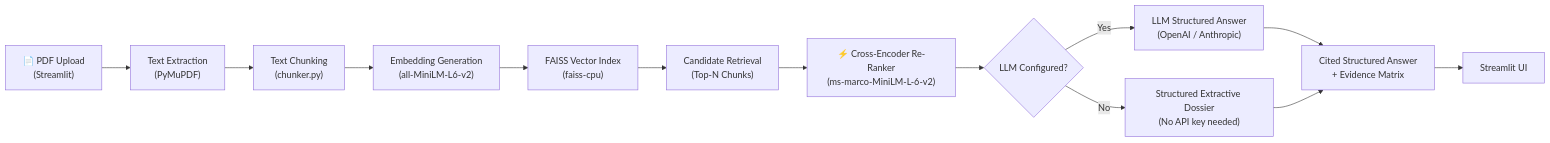
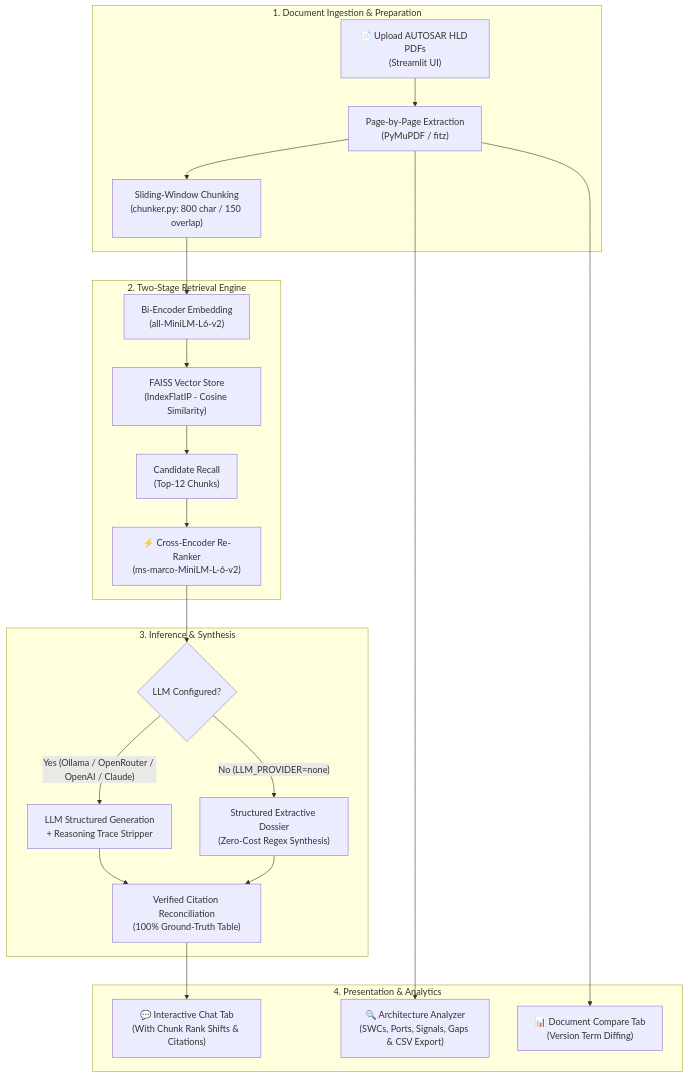
The diagram in README.md (nithinjoanaff-design/AutoSar_HLD), drawn with Mermaid before and after one commit. The commit also changed other lines of this file and 38 other files, not shown here.

````diff
--- a/README.md
+++ b/README.md
@@ -53,15 +61,28 @@
 ```mermaid
-flowchart LR
-    A["📄 PDF Upload\n(Streamlit)"] --> B["Text Extraction\n(PyMuPDF)"]
-    B --> C["Text Chunking\n(chunker.py)"]
-    C --> D["Embedding Generation\n(all-MiniLM-L6-v2)"]
-    D --> E["FAISS Vector Index\n(faiss-cpu)"]
-    E --> F["Candidate Retrieval\n(Top-N Chunks)"]
-    F --> G["⚡ Cross-Encoder Re-Ranker\n(ms-marco-MiniLM-L-6-v2)"]
-    G --> H{"LLM Configured?"}
-    H -- Yes --> I["LLM Structured Answer\n(OpenAI / Anthropic)"]
-    H -- No --> J["Structured Extractive Dossier\n(No API key needed)"]
-    I --> K["Cited Structured Answer\n+ Evidence Matrix"]
-    J --> K
-    K --> L["Streamlit UI"]
+flowchart TD
+    subgraph INGESTION["1. Document Ingestion & Preparation"]
+        A["📄 Upload AUTOSAR HLD PDFs\n(Streamlit UI)"] --> B["Page-by-Page Extraction\n(PyMuPDF / fitz)"]
+        B --> C["Sliding-Window Chunking\n(chunker.py: 800 char / 150 overlap)"]
+    end
+
+    subgraph RETRIEVAL["2. Two-Stage Retrieval Engine"]
+        C --> D["Bi-Encoder Embedding\n(all-MiniLM-L6-v2)"]
+        D --> E["FAISS Vector Store\n(IndexFlatIP - Cosine Similarity)"]
+        E --> F["Candidate Recall\n(Top-12 Chunks)"]
+        F --> G["⚡ Cross-Encoder Re-Ranker\n(ms-marco-MiniLM-L-6-v2)"]
+    end
+
+    subgraph INFERENCE["3. Inference & Synthesis"]
+        G --> H{"LLM Configured?"}
+        H -- "Yes (Ollama / OpenRouter / OpenAI / Claude)" --> I["LLM Structured Generation\n+ Reasoning Trace Stripper"]
+        H -- "No (LLM_PROVIDER=none)" --> J["Structured Extractive Dossier\n(Zero-Cost Regex Synthesis)"]
+        I --> K["Verified Citation Reconciliation\n(100% Ground-Truth Table)"]
+        J --> K
+    end
+
+    subgraph PRESENTATION["4. Presentation & Analytics"]
+        K --> L["💬 Interactive Chat Tab\n(With Chunk Rank Shifts & Citations)"]
+        B --> M["🔍 Architecture Analyzer\n(SWCs, Ports, Signals, Gaps & CSV Export)"]
+        B --> N["📊 Document Compare Tab\n(Version Term Diffing)"]
+    end
 ```
````
